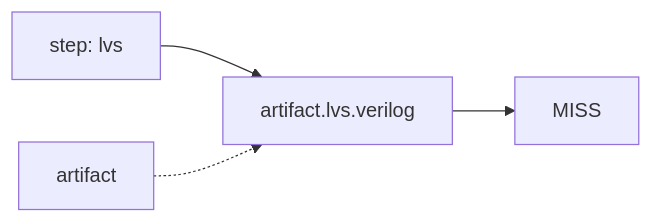
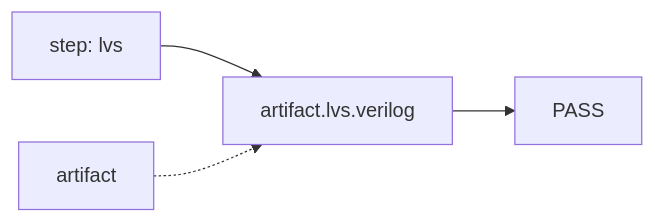
One commit to openecos-projects/ecc changed diagram 23 of 56 in .github/signoff-board/signoff-kanban.md. Above: the diagram before and after it, drawn with Mermaid. The commit also changed other lines of this file and 1 other file, not shown here.

````diff
--- a/.github/signoff-board/signoff-kanban.md
+++ b/.github/signoff-board/signoff-kanban.md
@@ -548,6 +558,6 @@
 ```mermaid
 flowchart LR
   step_artifact_lvs_verilog["step: lvs"] --> metric_artifact_lvs_verilog["artifact.lvs.verilog"]
-  metric_artifact_lvs_verilog --> state_artifact_lvs_verilog["MISS"]
+  metric_artifact_lvs_verilog --> state_artifact_lvs_verilog["PASS"]
   cat_artifact_lvs_verilog["artifact"] -.-> metric_artifact_lvs_verilog
 ```
````
